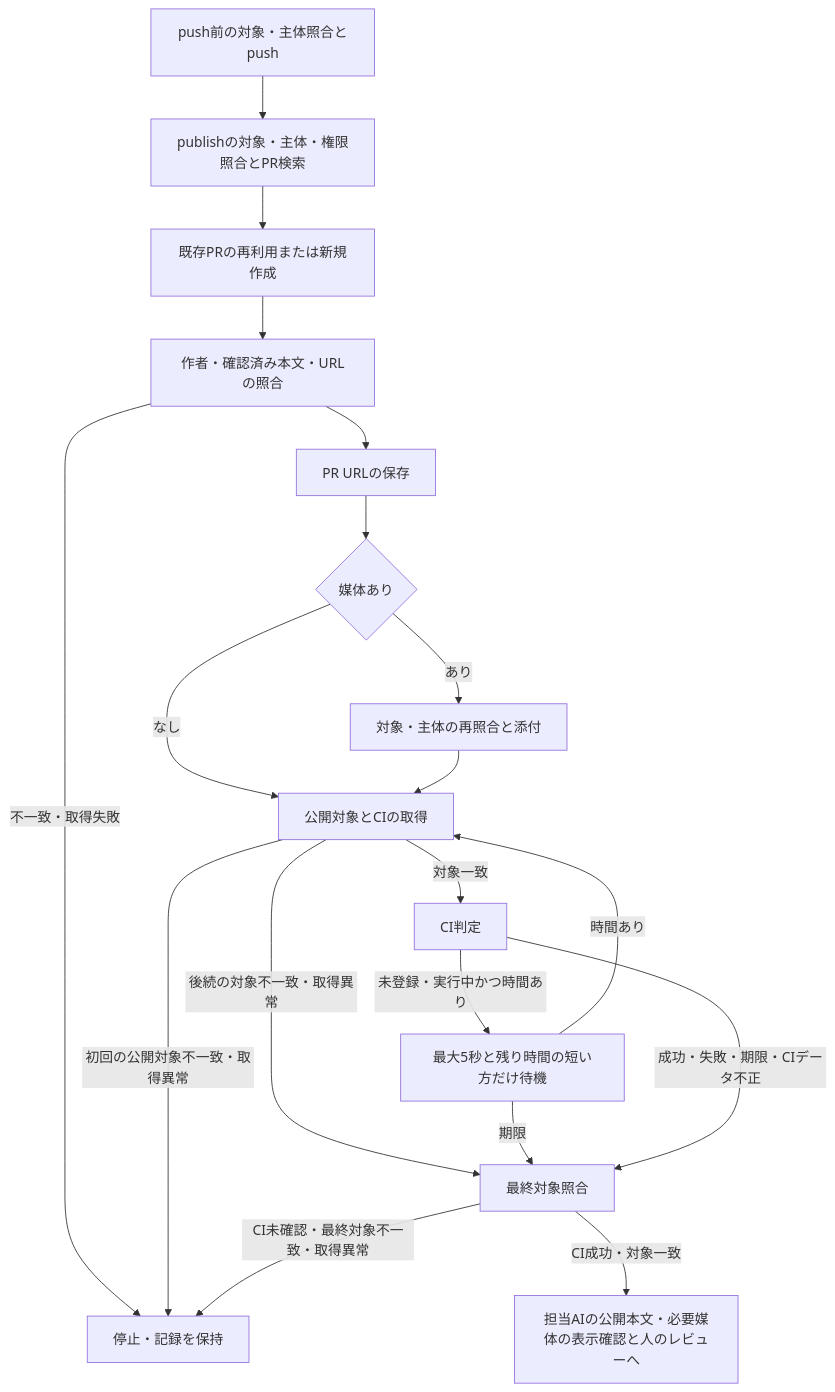
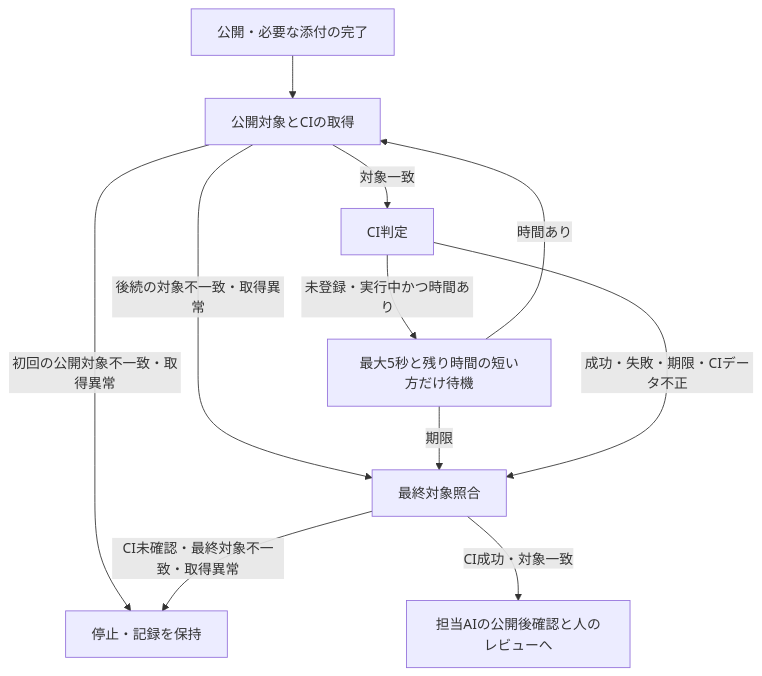
One commit to thkt/dotagents changed the diagram in scripts/README.md. Above: the diagram before and after it, drawn with Mermaid. The commit also changed other lines of this file and 3 other files, not shown here.

````diff
--- a/scripts/README.md
+++ b/scripts/README.md
@@ -373,21 +375,13 @@
 ```mermaid
 flowchart TD
-  A[push前の対象・主体照合とpush] --> B[publishの対象・主体・権限照合とPR検索]
-  B --> C[既存PRの再利用または新規作成]
-  C --> P18[作者・確認済み本文・URLの照合]
-  P18 --> U[PR URLの保存]
-  P18 -->|不一致・取得失敗| S[停止・記録を保持]
-  U --> M{媒体あり}
-  M -->|あり| P21[対象・主体の再照合と添付]
-  M -->|なし| P22[公開対象とCIの取得]
-  P21 --> P22
-  P22 -->|初回の公開対象不一致・取得異常| S
+  A[公開・必要な添付の完了] --> P22[公開対象とCIの取得]
+  P22 -->|初回の公開対象不一致・取得異常| S[停止・記録を保持]
   P22 -->|対象一致| P24[CI判定]
   P22 -->|後続の対象不一致・取得異常| P25[最終対象照合]
   P24 -->|未登録・実行中かつ時間あり| W[最大5秒と残り時間の短い方だけ待機]
   W -->|時間あり| P22
   W -->|期限| P25
   P24 -->|成功・失敗・期限・CIデータ不正| P25
   P25 -->|CI未確認・最終対象不一致・取得異常| S
-  P25 -->|CI成功・対象一致| H[担当AIの公開本文・必要媒体の表示確認と人のレビューへ]
+  P25 -->|CI成功・対象一致| H[担当AIの公開後確認と人のレビューへ]
 ```
````
